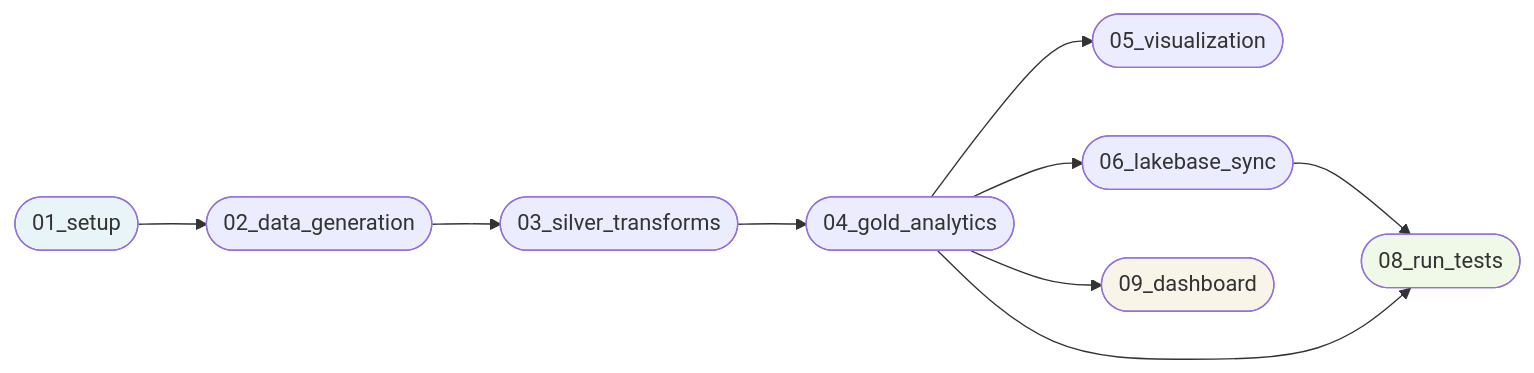
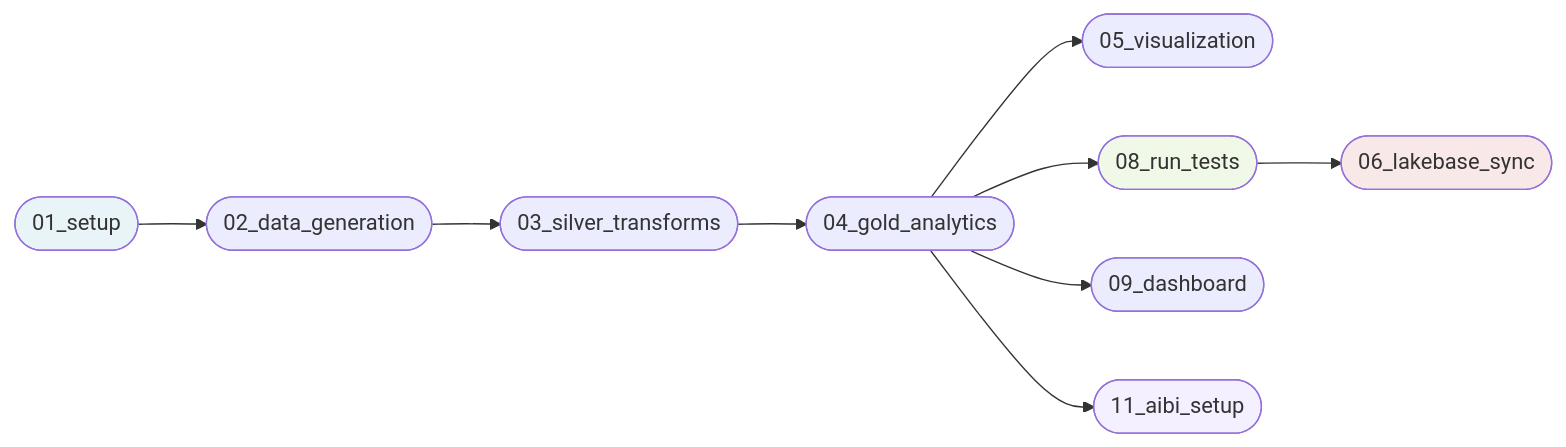
The second of 6 diagrams in README.md (PayamDataThor/retail-iq), drawn with Mermaid before and after one commit. The commit also changed other lines of this file and 1 other file, not shown here.

````diff
--- a/README.md
+++ b/README.md
@@ -54,15 +59,16 @@
 ```mermaid
 flowchart LR
     setup([01_setup]) --> gen([02_data_generation])
     gen --> silver([03_silver_transforms])
     silver --> gold([04_gold_analytics])
     gold --> viz([05_visualization])
-    gold --> sync([06_lakebase_sync])
-    sync --> tests([08_run_tests])
-    gold --> tests
+    gold --> tests([08_run_tests])
     gold --> dash([09_dashboard])
+    gold --> aibi([11_aibi_setup])
+    tests --> sync([06_lakebase_sync])
 
     style setup fill:#e8f4f8
     style tests fill:#f0f8e8
-    style dash fill:#f8f4e8
+    style sync fill:#f8e8e8
+    style aibi fill:#f5f0ff
 ```
````
